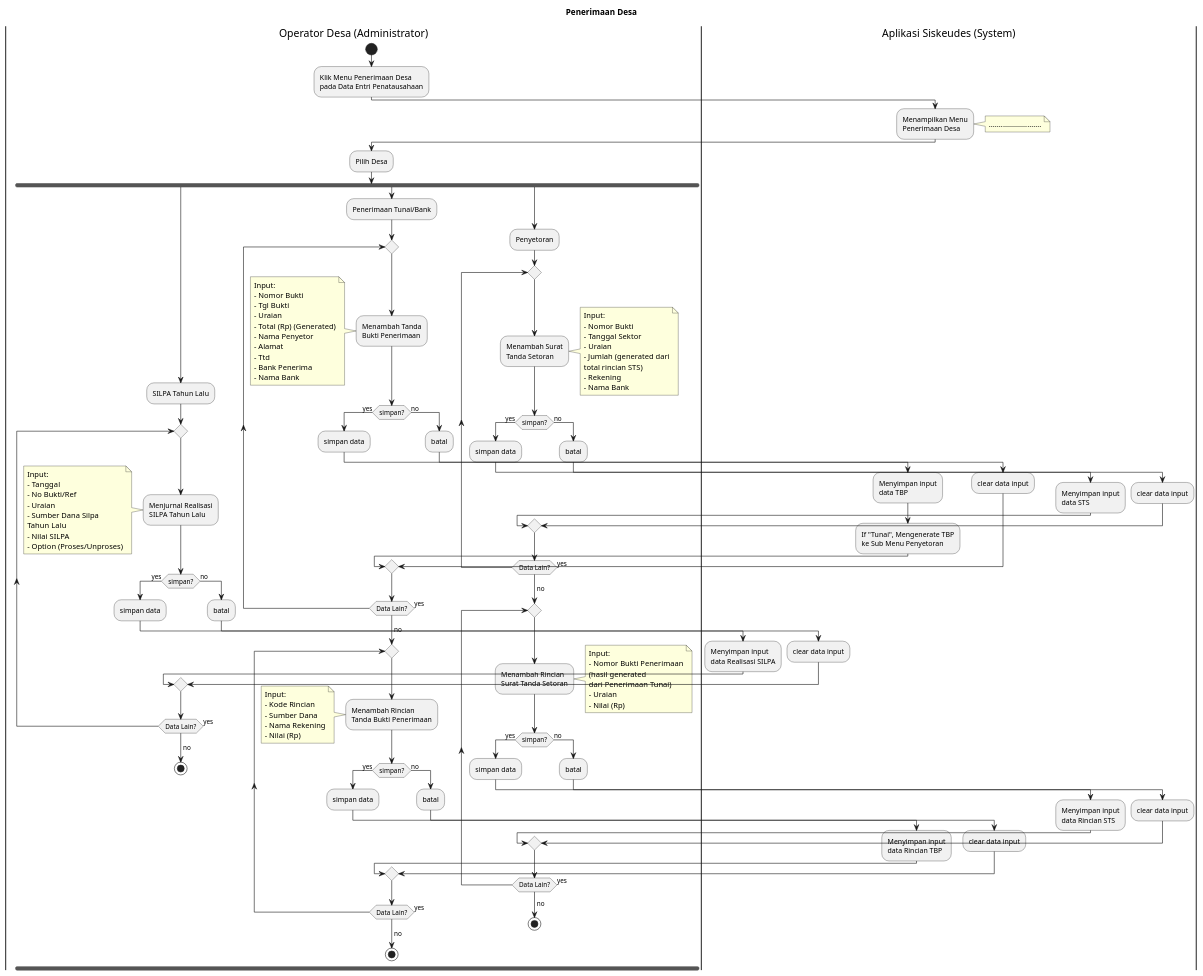
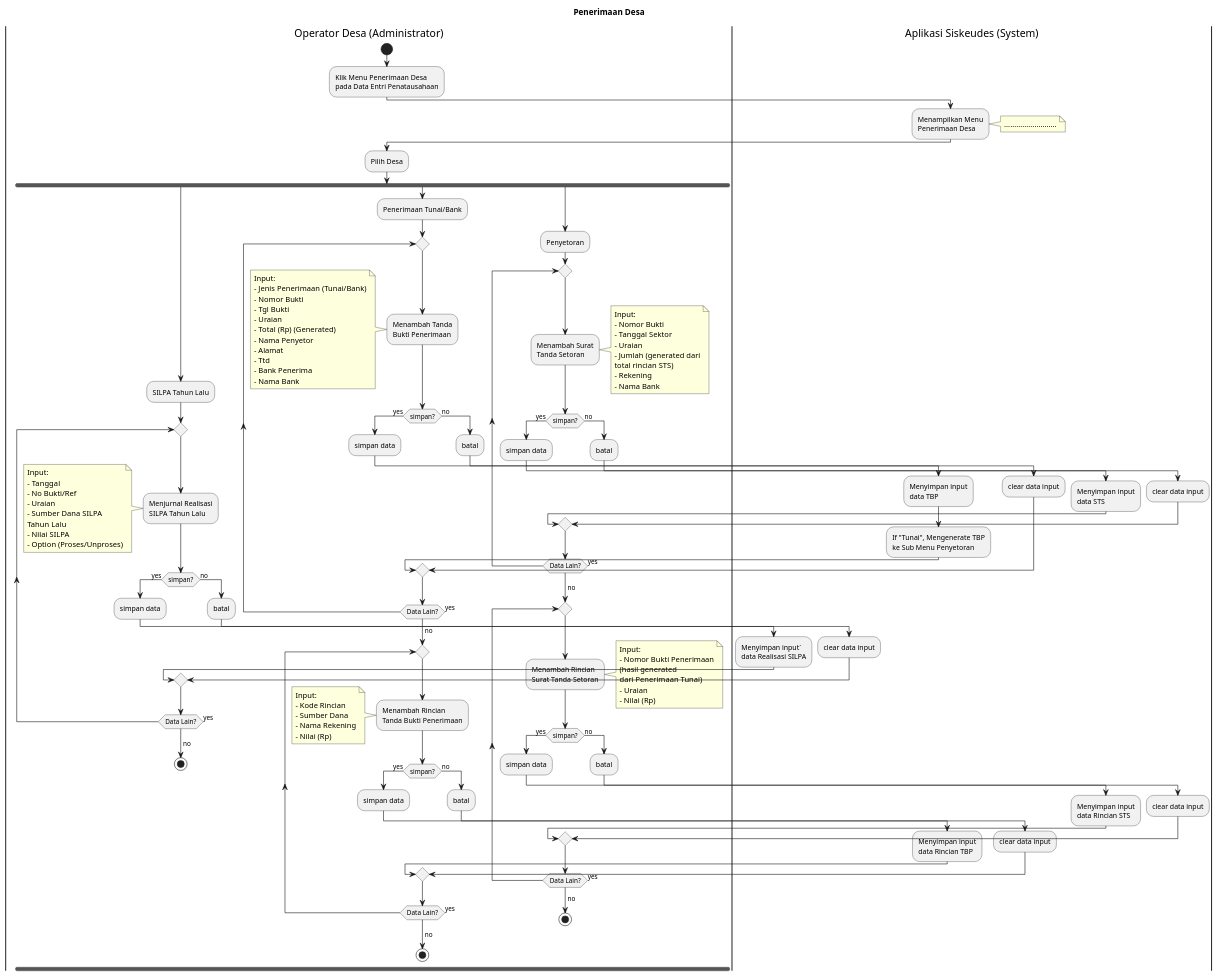
One commit to diancahyadi86/ProbisSiskudesWeb changed the diagram in Act Diagram/TU1_Penerimaan.puml. Above: the diagram before and after it, drawn with PlantUML.

Commit message:
nambah proses di penerimaan

```diff
--- a/Act Diagram/TU1_Penerimaan.puml
+++ b/Act Diagram/TU1_Penerimaan.puml
@@ -1,162 +1,163 @@
 @startuml
 title "Penerimaan Desa"
 |Operator Desa (Administrator)|
 start
 :Klik Menu Penerimaan Desa
 pada Data Entri Penatausahaan;
 
 |Aplikasi Siskeudes (System)|
 :Menampilkan Menu
 Penerimaan Desa;
 note right
     ..........................
 end note
 |Operator Desa (Administrator)|
 :Pilih Desa;
 fork
     :SILPA Tahun Lalu;
     repeat
         :Menjurnal Realisasi
         SILPA Tahun Lalu;
         note left
             Input:
             - Tanggal
             - No Bukti/Ref
             - Uraian
-            - Sumber Dana Silpa
+            - Sumber Dana SILPA
             Tahun Lalu
             - Nilai SILPA
             - Option (Proses/Unproses)
         end note
         if (simpan?) then (yes)
             :simpan data;
             |Aplikasi Siskeudes (System)|
-            :Menyimpan input
+            :Menyimpan input`
             data Realisasi SILPA;
 
         else (no)
             |Operator Desa (Administrator)|
             :batal;
             |Aplikasi Siskeudes (System)|
             :clear data input;
         endif
         |Operator Desa (Administrator)|
     repeat while (Data Lain?) is (yes)
     ->no;
     stop
 fork again
     :Penerimaan Tunai/Bank;
     repeat
         :Menambah Tanda
         Bukti Penerimaan;
         note left
             Input:
+            - Jenis Penerimaan (Tunai/Bank)
             - Nomor Bukti
             - Tgl Bukti
             - Uraian
             - Total (Rp) (Generated)
             - Nama Penyetor
             - Alamat
             - Ttd
             - Bank Penerima
             - Nama Bank
         end note
         if (simpan?) then (yes)
             :simpan data;
             |Aplikasi Siskeudes (System)|
             :Menyimpan input
             data TBP;
             :If "Tunai", Mengenerate TBP
             ke Sub Menu Penyetoran;
         else (no)
             |Operator Desa (Administrator)|
             :batal;
             |Aplikasi Siskeudes (System)|
             :clear data input;
         endif
         |Operator Desa (Administrator)|
     repeat while (Data Lain?) is (yes)
     ->no;
     repeat
         :Menambah Rincian
         Tanda Bukti Penerimaan;
         note left
             Input:
             - Kode Rincian
             - Sumber Dana
             - Nama Rekening
             - Nilai (Rp)
         end note
         if (simpan?) then (yes)
             :simpan data;
             |Aplikasi Siskeudes (System)|
             :Menyimpan input
             data Rincian TBP;
 
         else (no)
             |Operator Desa (Administrator)|
             :batal;
             |Aplikasi Siskeudes (System)|
             :clear data input;
         endif
         |Operator Desa (Administrator)|
     repeat while (Data Lain?) is (yes)
     ->no;
     stop
 fork again
     :Penyetoran;
     repeat
         :Menambah Surat
         Tanda Setoran;
         note right
             Input:
             - Nomor Bukti
             - Tanggal Sektor
             - Uraian
             - Jumlah (generated dari
             total rincian STS)
             - Rekening
             - Nama Bank
         end note
         if (simpan?) then (yes)
             :simpan data;
             |Aplikasi Siskeudes (System)|
             :Menyimpan input
             data STS;
         else (no)
             |Operator Desa (Administrator)|
             :batal;
             |Aplikasi Siskeudes (System)|
             :clear data input;
         endif
         |Operator Desa (Administrator)|
     repeat while (Data Lain?) is (yes)
     ->no;
     repeat
         :Menambah Rincian
         Surat Tanda Setoran;
         note right
             Input:
             - Nomor Bukti Penerimaan
             (hasil generated
             dari Penerimaan Tunai)
             - Uraian
             - Nilai (Rp)
         end note
         if (simpan?) then (yes)
             :simpan data;
             |Aplikasi Siskeudes (System)|
             :Menyimpan input
             data Rincian STS;
 
         else (no)
             |Operator Desa (Administrator)|
             :batal;
             |Aplikasi Siskeudes (System)|
             :clear data input;
         endif
         |Operator Desa (Administrator)|
     repeat while (Data Lain?) is (yes)
     ->no;
     stop
     @enduml
```
